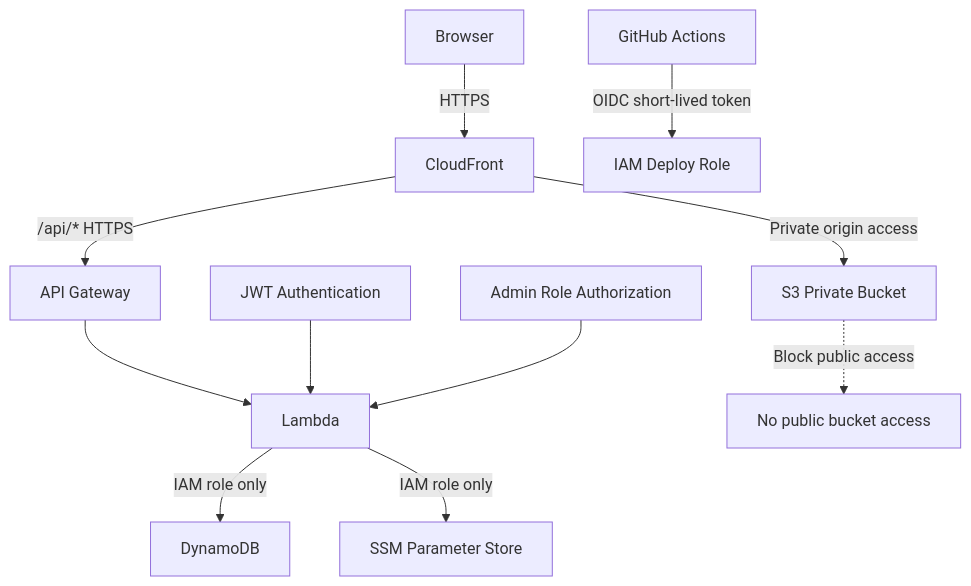
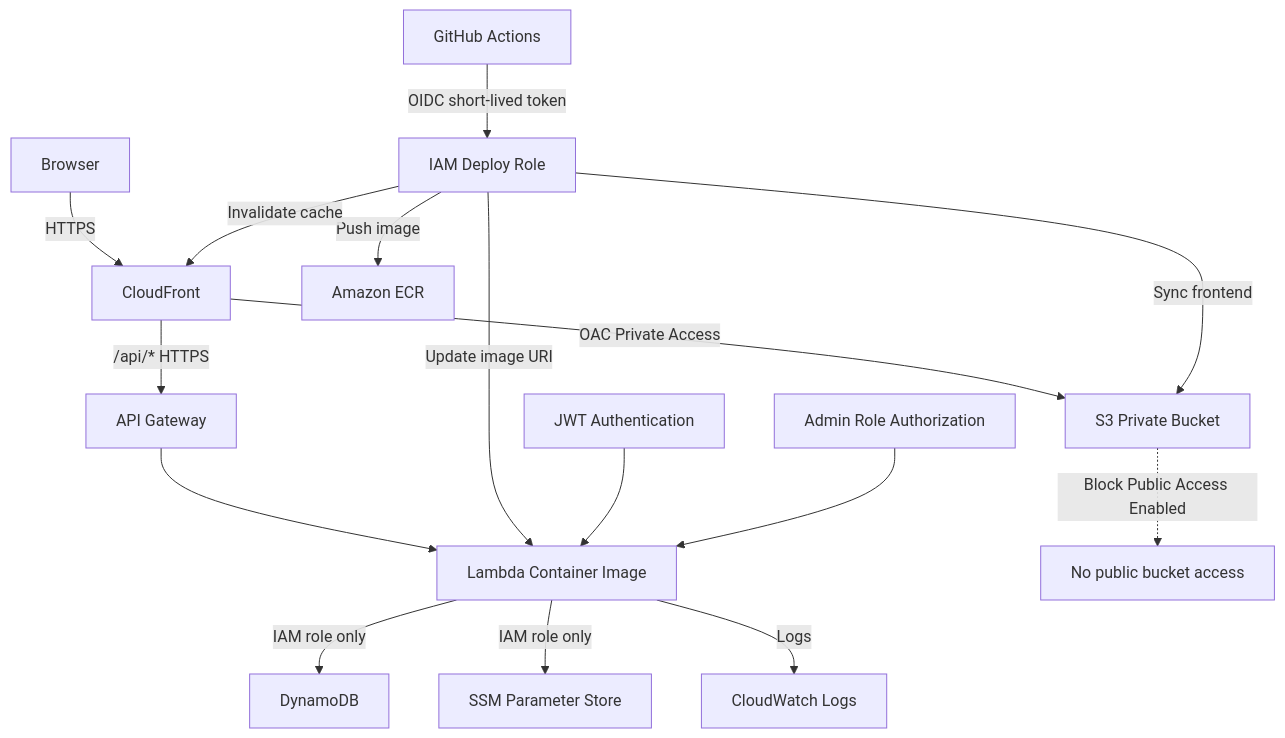
One commit to Rifkhan-SAA-DevOps/containerized-serverless-3-tier-architecture changed the seventh of 8 diagrams in README.md. Above: the diagram before and after it, drawn with Mermaid. The commit also changed other lines of this file and 40 other files, not shown here.

````diff
--- a/README.md
+++ b/README.md
@@ -304,14 +413,20 @@
 ```mermaid
 flowchart TD
     Browser[Browser] -->|HTTPS| CloudFront[CloudFront]
-    CloudFront -->|Private origin access| S3[S3 Private Bucket]
+    CloudFront -->|OAC Private Access| S3[S3 Private Bucket]
     CloudFront -->|/api/* HTTPS| APIGW[API Gateway]
-    APIGW --> Lambda[Lambda]
+    APIGW --> Lambda[Lambda Container Image]
     Lambda -->|IAM role only| DynamoDB[DynamoDB]
     Lambda -->|IAM role only| SSM[SSM Parameter Store]
+    Lambda -->|Logs| CW[CloudWatch Logs]
+
     GitHub[GitHub Actions] -->|OIDC short-lived token| IAM[IAM Deploy Role]
+    IAM -->|Push image| ECR[Amazon ECR]
+    IAM -->|Update image URI| Lambda
+    IAM -->|Sync frontend| S3
+    IAM -->|Invalidate cache| CloudFront
 
-    S3 -. Block public access .-> PublicAccess[No public bucket access]
+    S3 -. Block Public Access Enabled .-> PublicAccess[No public bucket access]
     JWT[JWT Authentication] --> Lambda
     Admin[Admin Role Authorization] --> Lambda
 ```
````
